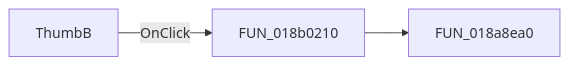
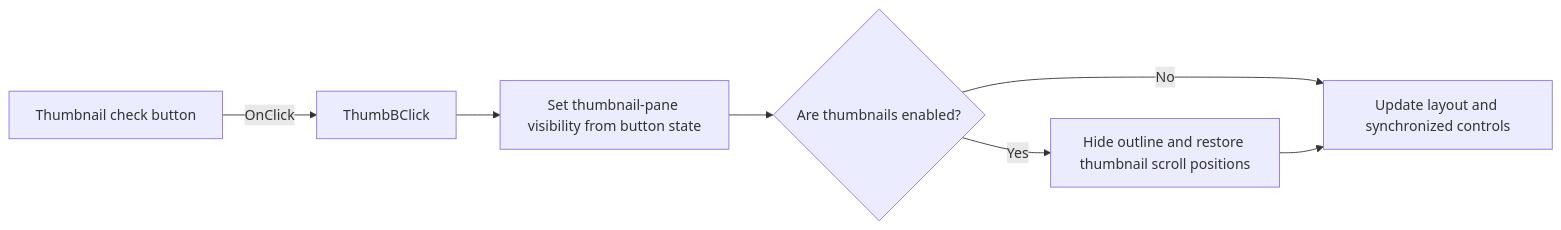
One commit to MovGP0/TIARA changed the diagram in docs/ui-controls/frxpreviewform/thumbb-2f1db85089.md. Above: the diagram before and after it, drawn with Mermaid. The commit also changed other lines of this file and 387 other files, not shown here.

````diff
--- a/docs/ui-controls/frxpreviewform/thumbb-2f1db85089.md
+++ b/docs/ui-controls/frxpreviewform/thumbb-2f1db85089.md
@@ -27,5 +27,9 @@
 ```mermaid
 flowchart LR
-    control["ThumbB"] -->|OnClick| handler["FUN_018b0210"]
-    handler --> call1["FUN_018a8ea0"]
+    control["Thumbnail check button"] -->|OnClick| handler["ThumbBClick"]
+    handler --> apply["Set thumbnail-pane visibility from button state"]
+    apply --> on{"Are thumbnails enabled?"}
+    on -->|Yes| exclusive["Hide outline and restore thumbnail scroll positions"]
+    on -->|No| layout["Keep the outline state"]
+    exclusive --> layout["Update layout and synchronized controls"]
 ```
````
